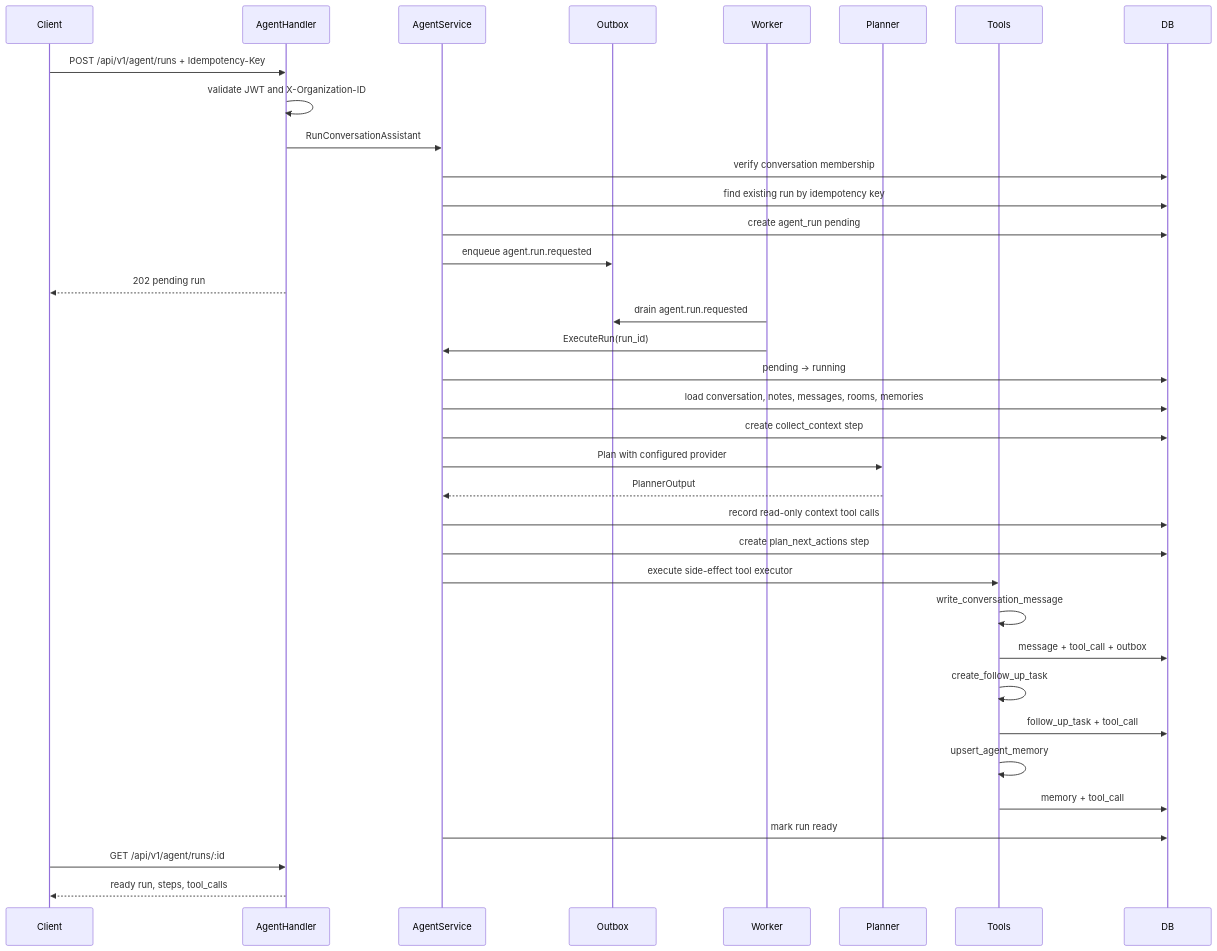
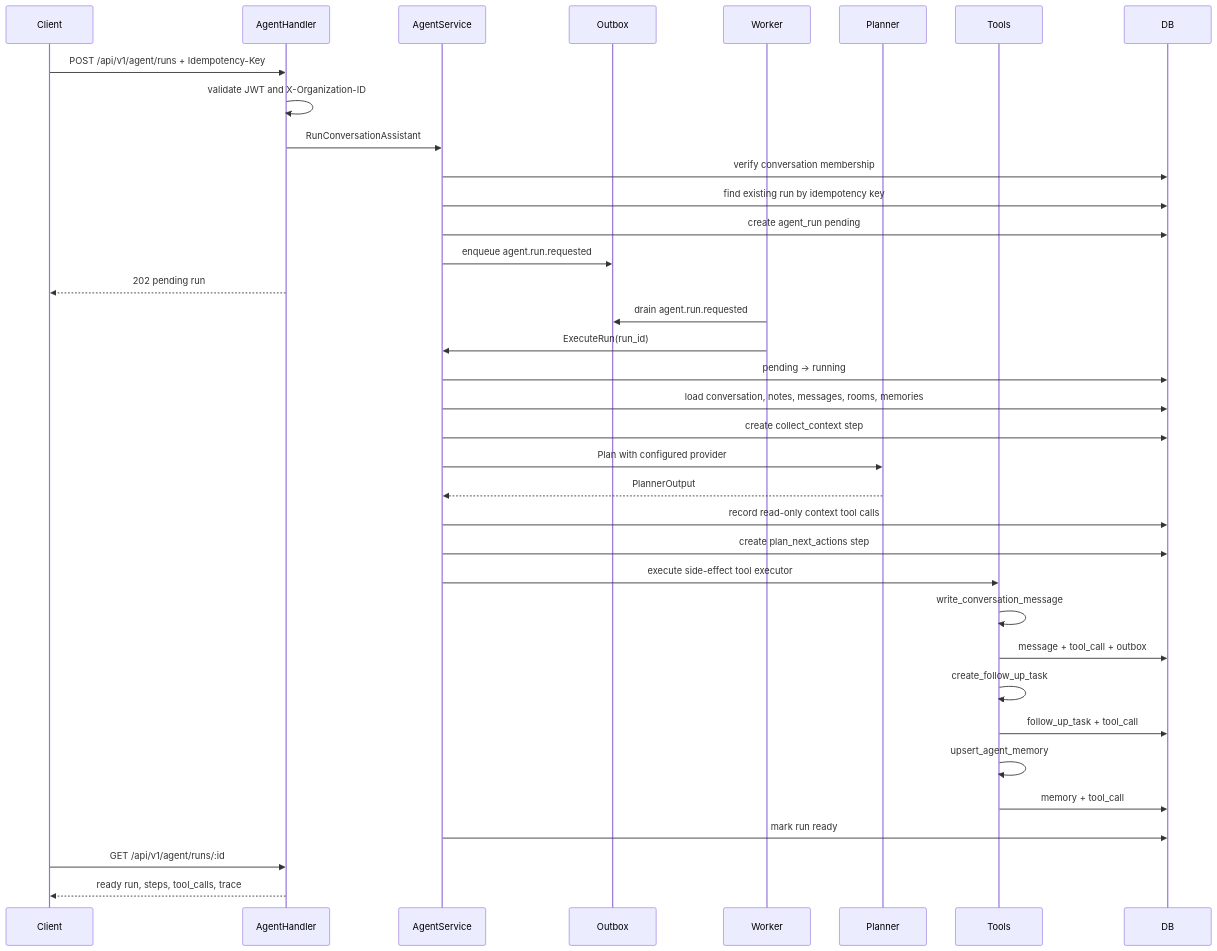
The diagram in docs/interview/ai-agent-design.md (XianingY/AllCallAll), drawn with Mermaid before and after one commit. The commit also changed other lines of this file and 6 other files, not shown here.

````diff
--- a/docs/interview/ai-agent-design.md
+++ b/docs/interview/ai-agent-design.md
@@ -52,39 +52,39 @@
 ```mermaid
 sequenceDiagram
     participant Client
     participant Handler as AgentHandler
     participant Service as AgentService
     participant Outbox
     participant Worker
     participant Planner
     participant Tools
     participant DB
 
     Client->>Handler: POST /api/v1/agent/runs + Idempotency-Key
     Handler->>Handler: validate JWT and X-Organization-ID
     Handler->>Service: RunConversationAssistant
     Service->>DB: verify conversation membership
     Service->>DB: find existing run by idempotency key
     Service->>DB: create agent_run pending
     Service->>Outbox: enqueue agent.run.requested
     Handler-->>Client: 202 pending run
     Worker->>Outbox: drain agent.run.requested
     Worker->>Service: ExecuteRun(run_id)
     Service->>DB: pending -> running
     Service->>DB: load conversation, notes, messages, rooms, memories
     Service->>DB: create collect_context step
     Service->>Planner: Plan with configured provider
     Planner-->>Service: PlannerOutput
     Service->>DB: record read-only context tool calls
     Service->>DB: create plan_next_actions step
     Service->>Tools: execute side-effect tool executor
     Tools->>Tools: write_conversation_message
     Tools->>DB: message + tool_call + outbox
     Tools->>Tools: create_follow_up_task
     Tools->>DB: follow_up_task + tool_call
     Tools->>Tools: upsert_agent_memory
     Tools->>DB: memory + tool_call
     Service->>DB: mark run ready
     Client->>Handler: GET /api/v1/agent/runs/:id
-    Handler-->>Client: ready run, steps, tool_calls
+    Handler-->>Client: ready run, steps, tool_calls, trace
 ```
````
